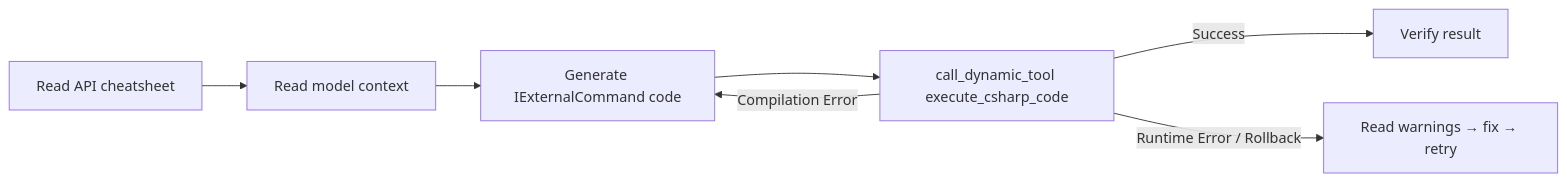
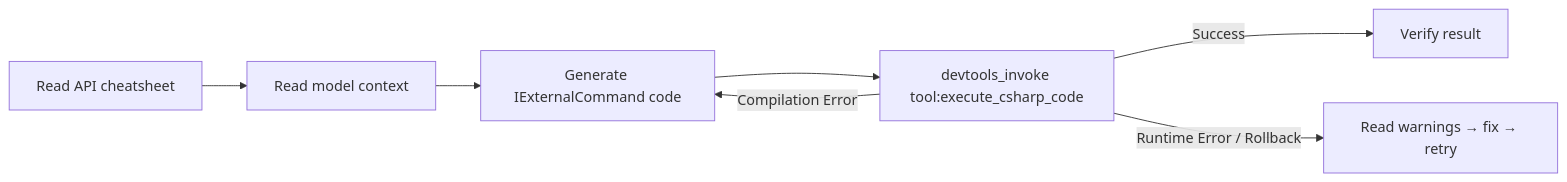
Before and after one commit to trgiangv/RevitDevTool: the first of 4 diagrams in docs/MCP/workflows.md, drawn with Mermaid. The commit also changed other lines of this file and 12 other files, not shown here.

Commit message:
docs: describe MCP runtime v2 architecture

````diff
--- a/docs/MCP/workflows.md
+++ b/docs/MCP/workflows.md
@@ -9,9 +9,9 @@
 ```mermaid
 flowchart LR
     A[Read API cheatsheet] --> B[Read model context]
     B --> C[Generate IExternalCommand code]
-    C --> D[call_dynamic_tool execute_csharp_code]
+    C --> D[devtools_invoke tool:execute_csharp_code]
     D -->|Success| E[Verify result]
     D -->|Compilation Error| C
     D -->|Runtime Error / Rollback| F[Read warnings → fix → retry]
 ```
````
